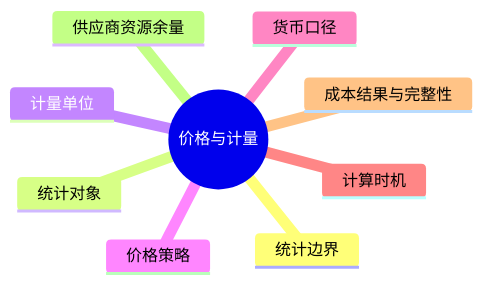
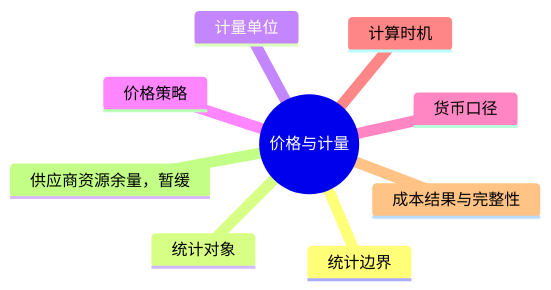
One commit to Dorian7Alden/LeetModel changed the first of 2 diagrams in docs/project/03-微服务设计/ai-gateway-service/15-价格与计量.md. Above: the diagram before and after it, drawn with Mermaid. The commit also changed other lines of this file and 24 other files, not shown here.

````diff
--- a/docs/project/03-微服务设计/ai-gateway-service/15-价格与计量.md
+++ b/docs/project/03-微服务设计/ai-gateway-service/15-价格与计量.md
@@ -9,12 +9,12 @@
 ```mermaid
 mindmap
   root((价格与计量))
     统计边界
     统计对象
     计量单位
     价格策略
     货币口径
     计算时机
     成本结果与完整性
-    供应商资源余量
+    供应商资源余量，暂缓
 ```
````
